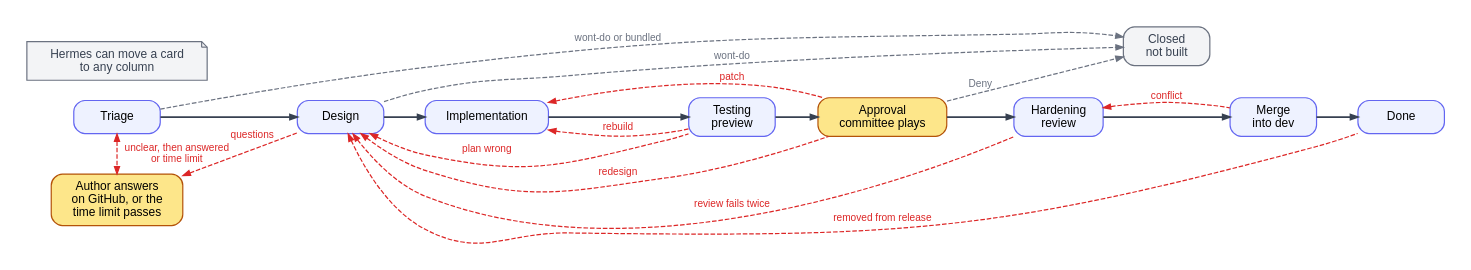
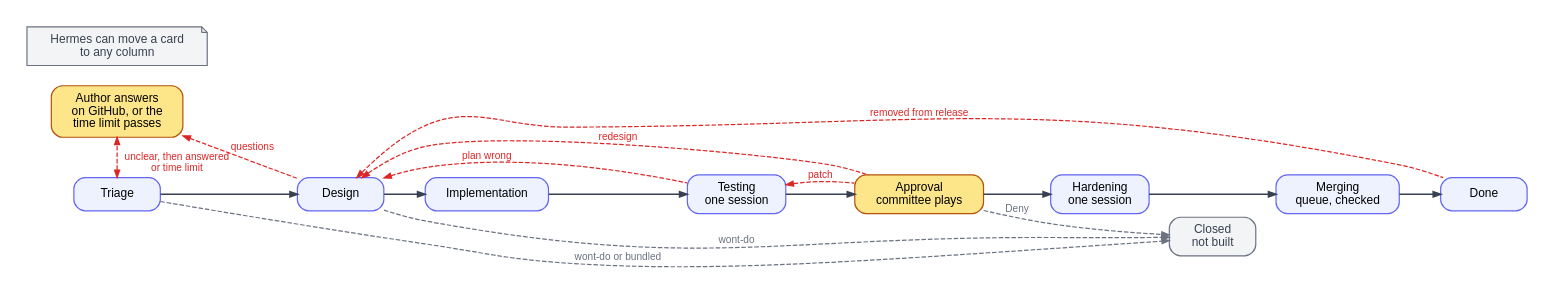
One commit to btseytlin/road-machiners changed the diagram in factory/docs/diagrams/lifecycle.dot. Above: the diagram before and after it, drawn with Graphviz. The commit also changed 17 other files, not shown here.

Commit message:
Docs and diagrams: one session per stage, four checkpoints, the merge queue and the one automatic resume

```diff
--- a/factory/docs/diagrams/lifecycle.dot
+++ b/factory/docs/diagrams/lifecycle.dot
@@ -1,28 +1,25 @@
 // Card lifecycle. Black: normal path. Red: loops back. Grey: ends early. Yellow: waits for people, and the author wait has a time limit.
 digraph lifecycle {
   rankdir=LR; nodesep=0.3; ranksep=0.6; bgcolor=white; pad=0.3; forcelabels=true;
   node [shape=box, style="rounded,filled", fillcolor="#eef2ff", color="#6366f1", fontname="Helvetica", fontsize=13, margin="0.2,0.1", penwidth=1.3, width=1.3];
   edge [color="#374151", penwidth=1.8, arrowsize=0.8, fontname="Helvetica", fontsize=11];
   T [label="Triage"]; D [label="Design"]; I [label="Implementation"];
-  P [label="Testing\npreview"]; A [label="Approval\ncommittee plays", fillcolor="#fde68a", color="#b45309"];
-  H [label="Hardening\nreview"]; G [label="Merge\ninto dev"]; M [label="Done"];
+  P [label="Testing\none session"]; A [label="Approval\ncommittee plays", fillcolor="#fde68a", color="#b45309"];
+  H [label="Hardening\none session"]; G [label="Merging\nqueue, checked"]; M [label="Done"];
   W [label="Author answers\non GitHub, or the\ntime limit passes", fillcolor="#fde68a", color="#b45309"];
   N [label="Hermes can move a card\nto any column", shape=note, style=filled, fillcolor="#f3f4f6", color="#6b7280", fontcolor="#374151"];
   X [label="Closed\nnot built", fillcolor="#f3f4f6", color="#6b7280", fontcolor="#374151"];
   T -> D -> I -> P -> A -> H -> G -> M [weight=100];
   // A loop is drawn as a forward edge with its arrow reversed, so it never bends the main line.
   edge [color="#dc2626", fontcolor="#dc2626", style=dashed, penwidth=1.3, dir=back, weight=0];
   T -> W [xlabel="unclear, then answered\nor time limit", dir=both, constraint=false];
   W -> D [label="questions"];
-  I -> P [label="rebuild"];
   D -> P [label="plan wrong"];
-  I -> A [label="patch"];
+  P -> A [label="patch"];
   D -> A [label="redesign"];
-  D -> H [label="review fails twice"];
-  H -> G [label="conflict"];
   D -> M [label="removed from release"];
   edge [color="#6b7280", fontcolor="#6b7280", style=dashed, penwidth=1.3, dir=forward, weight=0];
   T -> X [label="wont-do or bundled"];
   D -> X [label="wont-do"];
   A -> X [label="Deny"];
 }
```
